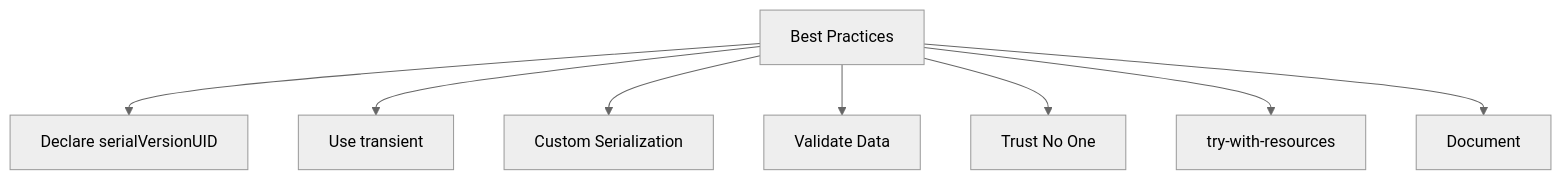
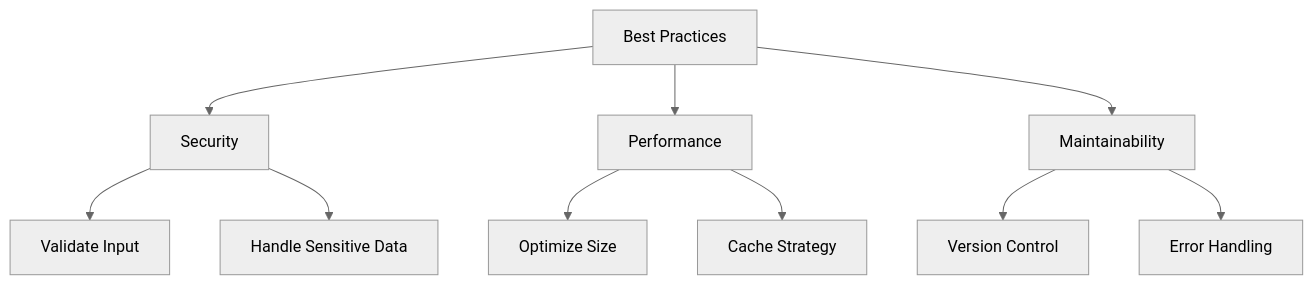
Before and after one commit to DanielCreggOrganization/w9-lab-serialization-nastaj: the sixth of 6 diagrams in README.md, drawn with Mermaid (neutral theme). The commit also changed other lines of this file, not shown here.

````diff
--- a/README.md
+++ b/README.md
@@ -470,10 +597,12 @@
 ```mermaid
 graph TD
-    A[Best Practices] --> B[Declare serialVersionUID]
-    A --> C[Use transient]
-    A --> D[Custom Serialization]
-    A --> E[Validate Data]
-    A --> F[Trust No One]
-    A --> G[try-with-resources]
-    A --> H[Document]
+    A[Best Practices] --> B[Security]
+    A --> C[Performance]
+    A --> D[Maintainability]
+    B --> E[Validate Input]
+    B --> F[Handle Sensitive Data]
+    C --> G[Optimize Size]
+    C --> H[Cache Strategy]
+    D --> I[Version Control]
+    D --> J[Error Handling]
 ```
````
